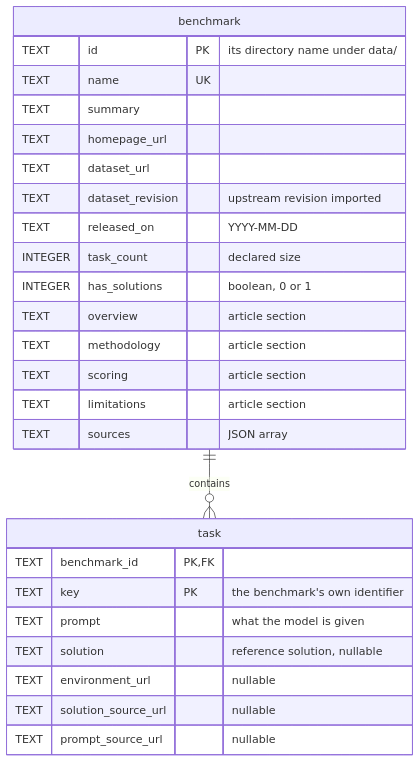
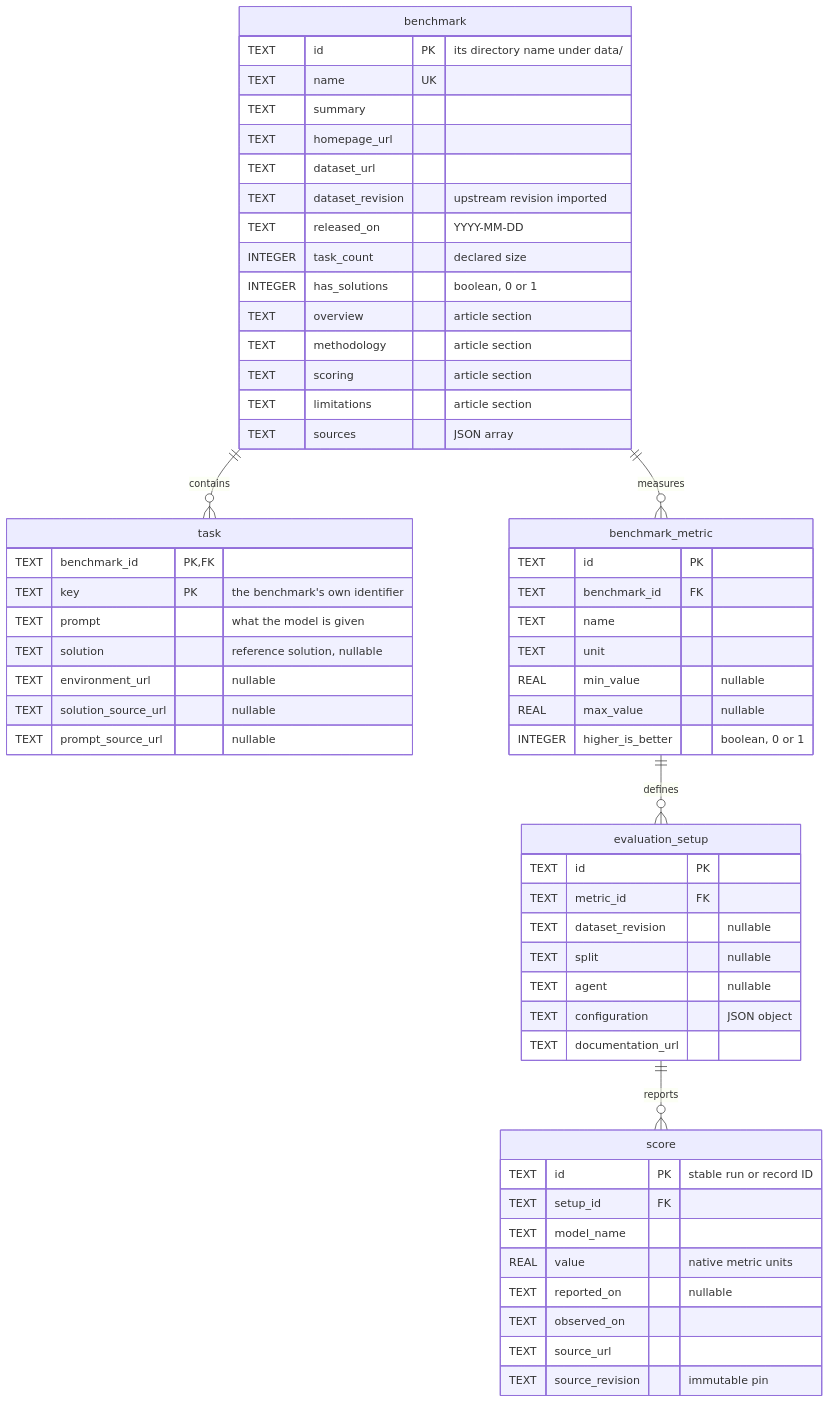
One commit to khooeee/benchopedia changed the diagram in README.md. Above: the diagram before and after it, drawn with Mermaid. The commit also changed other lines of this file and 7 other files, not shown here.

````diff
--- a/README.md
+++ b/README.md
@@ -25,30 +27,61 @@
 ```mermaid
 erDiagram
     benchmark ||--o{ task : contains
+    benchmark ||--o{ benchmark_metric : measures
+    benchmark_metric ||--o{ evaluation_setup : defines
+    evaluation_setup ||--o{ score : reports
 
     benchmark {
         TEXT id PK "its directory name under data/"
         TEXT name UK
         TEXT summary
         TEXT homepage_url
         TEXT dataset_url
         TEXT dataset_revision "upstream revision imported"
         TEXT released_on "YYYY-MM-DD"
         INTEGER task_count "declared size"
         INTEGER has_solutions "boolean, 0 or 1"
         TEXT overview "article section"
         TEXT methodology "article section"
         TEXT scoring "article section"
         TEXT limitations "article section"
         TEXT sources "JSON array"
     }
+    benchmark_metric {
+        TEXT id PK
+        TEXT benchmark_id FK
+        TEXT name
+        TEXT unit
+        REAL min_value "nullable"
+        REAL max_value "nullable"
+        INTEGER higher_is_better "boolean, 0 or 1"
+    }
+    evaluation_setup {
+        TEXT id PK
+        TEXT metric_id FK
+        TEXT dataset_revision "nullable"
+        TEXT split "nullable"
+        TEXT agent "nullable"
+        TEXT configuration "JSON object"
+        TEXT documentation_url
+    }
+    score {
+        TEXT id PK "stable run or record ID"
+        TEXT setup_id FK
+        TEXT model_name
+        REAL value "native metric units"
+        TEXT reported_on "nullable"
+        TEXT observed_on
+        TEXT source_url
+        TEXT source_revision "immutable pin"
+    }
     task {
         TEXT benchmark_id PK, FK
         TEXT key PK "the benchmark's own identifier"
         TEXT prompt "what the model is given"
         TEXT solution "reference solution, nullable"
         TEXT environment_url "nullable"
         TEXT solution_source_url "nullable"
         TEXT prompt_source_url "nullable"
     }
 ```
````
